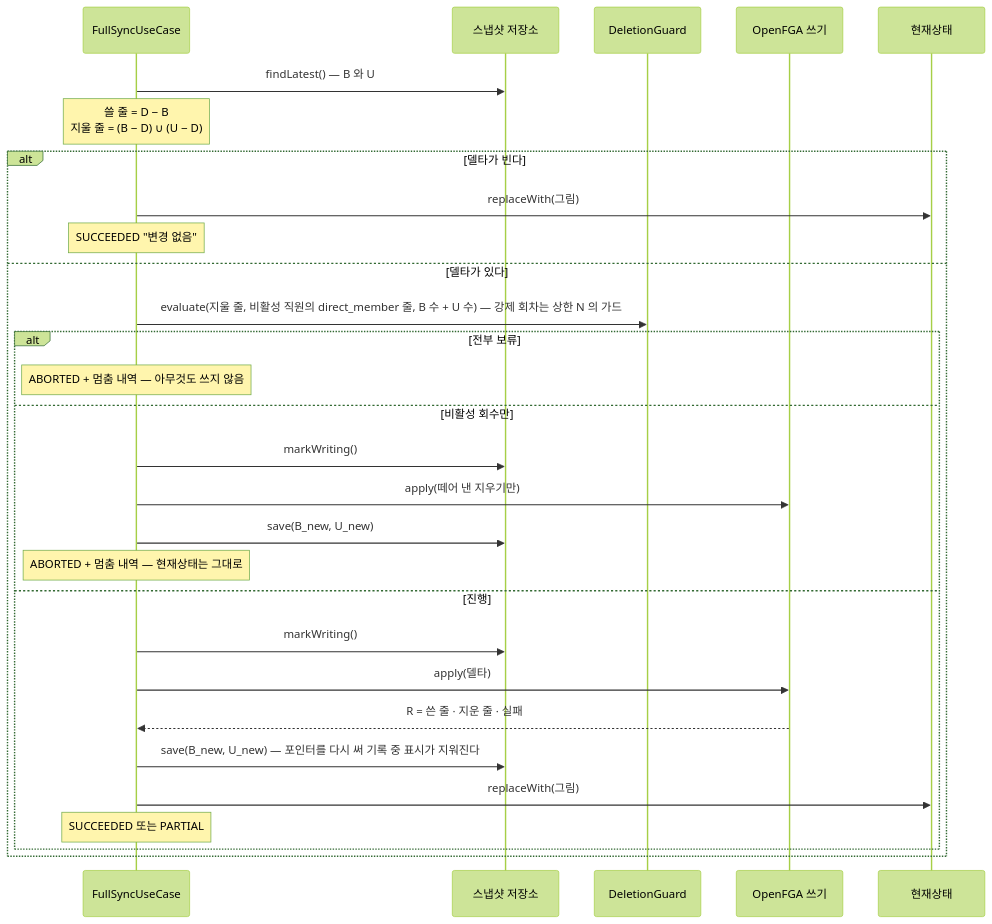
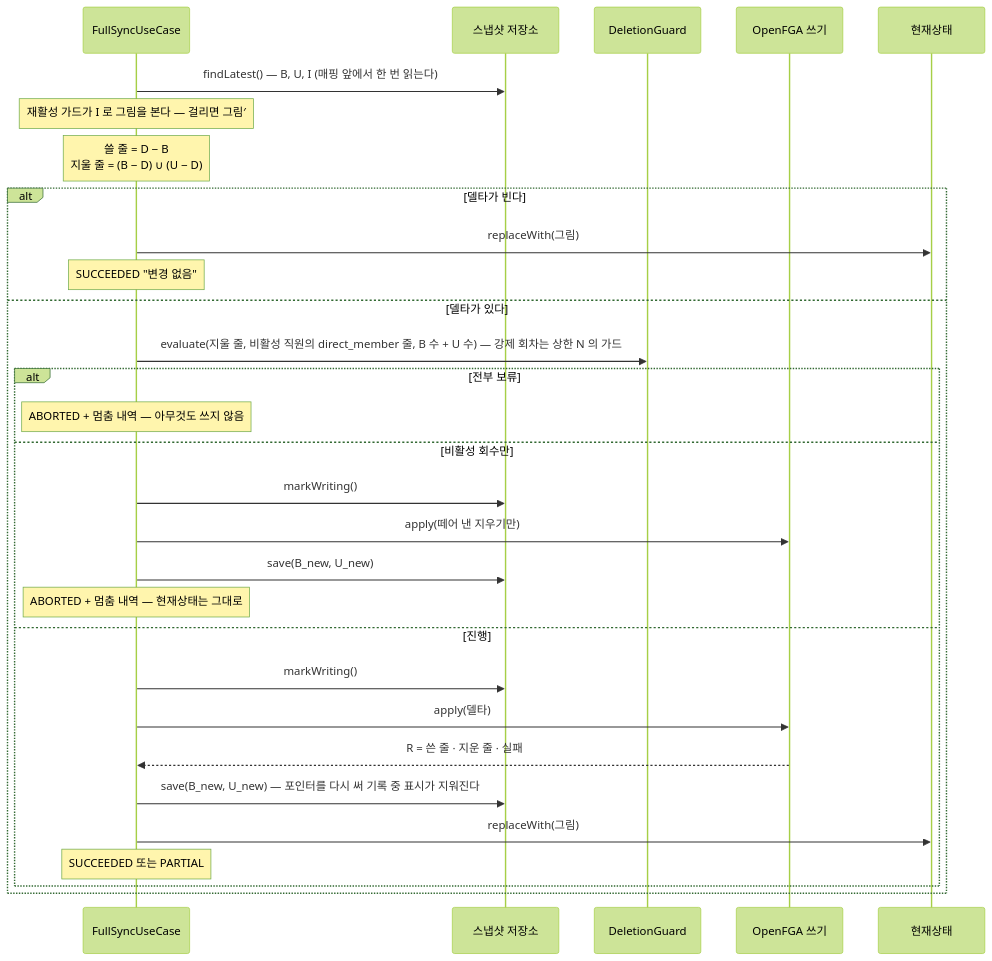
Before and after one commit to starryeye/organization: the second of 5 diagrams in docs/onboarding/05-LDAP-동기화.md, drawn with Mermaid (forest theme). The commit also changed other lines of this file and 15 other files, not shown here.

````diff
--- a/docs/onboarding/05-LDAP-동기화.md
+++ b/docs/onboarding/05-LDAP-동기화.md
@@ -494,32 +497,33 @@
 ```mermaid
 sequenceDiagram
     participant J as FullSyncUseCase
     participant S as 스냅샷 저장소
     participant G as DeletionGuard
     participant W as OpenFGA 쓰기
     participant D as 현재상태
 
-    J->>S: findLatest() — B 와 U
+    J->>S: findLatest() — B, U, I (매핑 앞에서 한 번 읽는다)
+    Note over J: 재활성 가드가 I 로 그림을 본다 — 걸리면 그림′
     Note over J: 쓸 줄 = D − B<br/>지울 줄 = (B − D) ∪ (U − D)
     alt 델타가 빈다
         J->>D: replaceWith(그림)
         Note over J: SUCCEEDED "변경 없음"
     else 델타가 있다
         J->>G: evaluate(지울 줄, 비활성 직원의 direct_member 줄, B 수 + U 수) — 강제 회차는 상한 N 의 가드
         alt 전부 보류
             Note over J: ABORTED + 멈춤 내역 — 아무것도 쓰지 않음
         else 비활성 회수만
             J->>S: markWriting()
             J->>W: apply(떼어 낸 지우기만)
             J->>S: save(B_new, U_new)
             Note over J: ABORTED + 멈춤 내역 — 현재상태는 그대로
         else 진행
             J->>S: markWriting()
             J->>W: apply(델타)
             W-->>J: R = 쓴 줄 · 지운 줄 · 실패
             J->>S: save(B_new, U_new) — 포인터를 다시 써 기록 중 표시가 지워진다
             J->>D: replaceWith(그림)
             Note over J: SUCCEEDED 또는 PARTIAL
         end
     end
 ```
````
